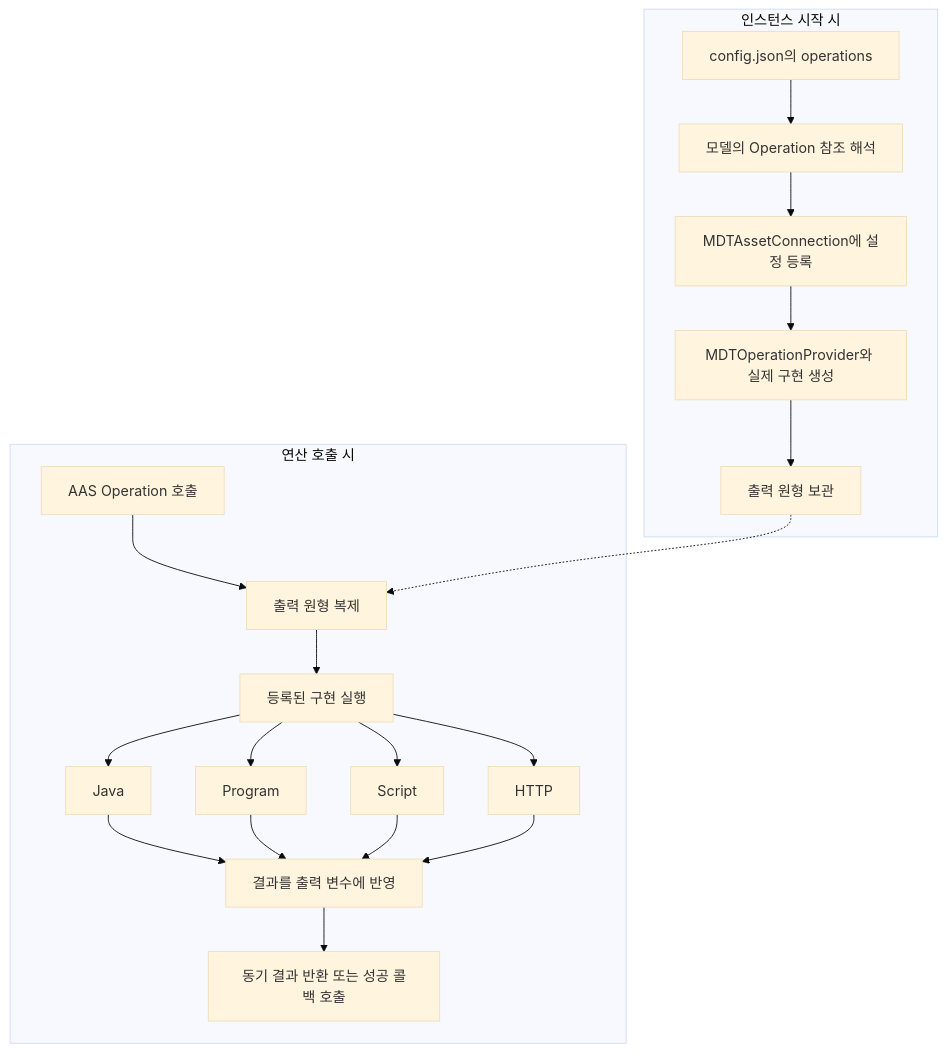
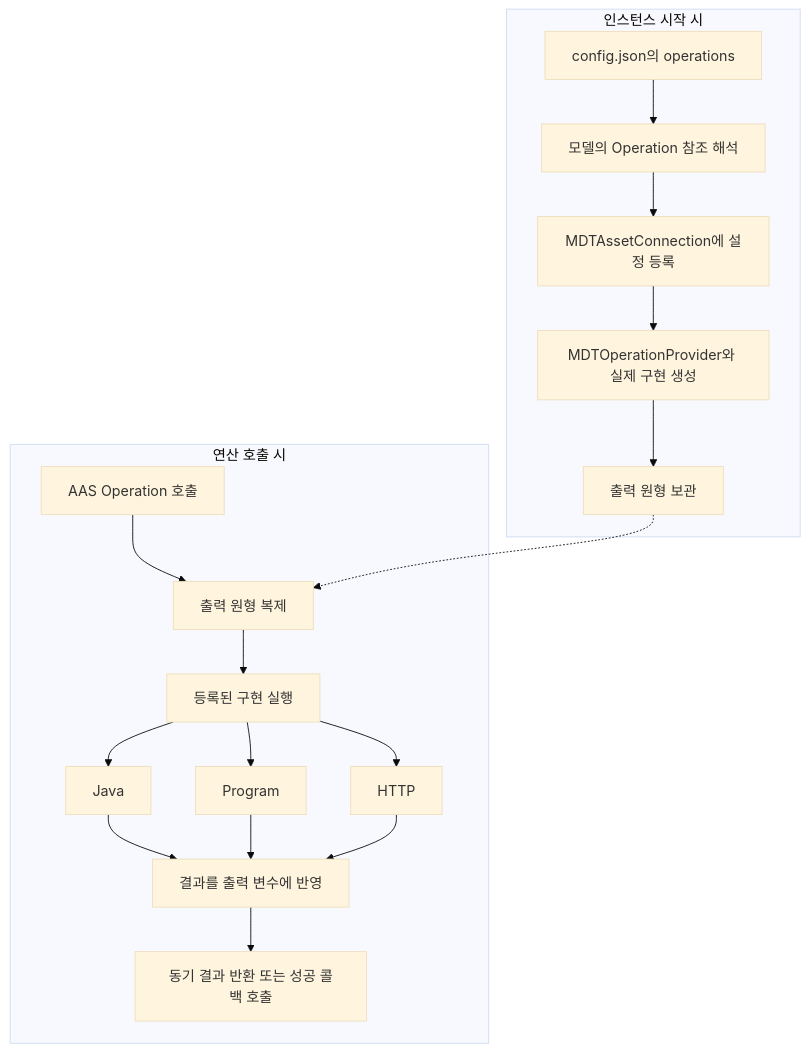
The first of 2 diagrams in src/main/java/mdt/assetconnection/README.md (kwlee0220/mdt-instance), drawn with Mermaid (base theme) before and after one commit. The commit also changed other lines of this file and 69 other files, not shown here.

````diff
--- a/src/main/java/mdt/assetconnection/README.md
+++ b/src/main/java/mdt/assetconnection/README.md
@@ -74,23 +69,21 @@
 ```mermaid
 flowchart TD
     subgraph INIT[인스턴스 시작 시]
         C[config.json의 operations] --> L[모델의 Operation 참조 해석]
         L --> A[MDTAssetConnection에 설정 등록]
         A --> P[MDTOperationProvider와 실제 구현 생성]
         P --> T[출력 원형 보관]
     end
     subgraph CALL[연산 호출 시]
         R[AAS Operation 호출] --> O[출력 원형 복제]
         O --> D[등록된 구현 실행]
         D --> J[Java]
         D --> E[Program]
-        D --> S[Script]
         D --> H[HTTP]
         J --> V[결과를 출력 변수에 반영]
         E --> V
-        S --> V
         H --> V
         V --> F[동기 결과 반환 또는 성공 콜백 호출]
     end
     T -.-> O
 ```
````
